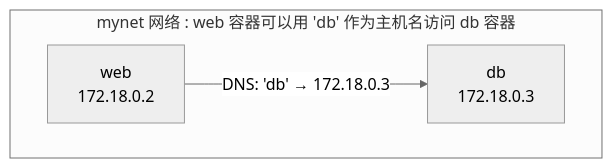
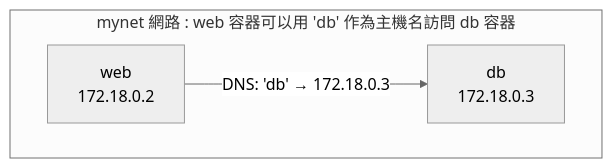
One commit to alexkuoecity/docker-practice-master-zh-tw changed the diagram in 09_network/9.3_custom_network.md. Above: the diagram before and after it, drawn with Mermaid (neutral theme). The commit also changed other lines of this file and 200 other files, not shown here.

````diff
--- a/09_network/9.3_custom_network.md
+++ b/09_network/9.3_custom_network.md
@@ -53,7 +53,7 @@
 ```mermaid
 flowchart LR
-    subgraph MyNet ["mynet 网络 : web 容器可以用 'db' 作为主机名访问 db 容器"]
+    subgraph MyNet ["mynet 網路 : web 容器可以用 'db' 作為主機名訪問 db 容器"]
         direction LR
         Web["web<br/>172.18.0.2"] -- "DNS: 'db' → 172.18.0.3" --> DB["db<br/>172.18.0.3"]
     end
 ```
````
